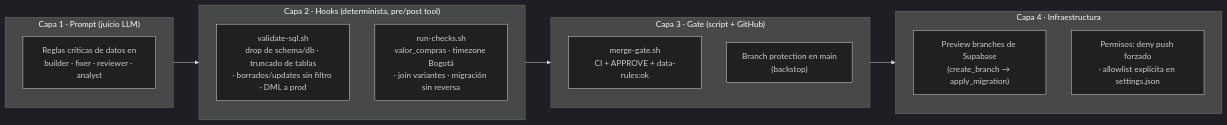
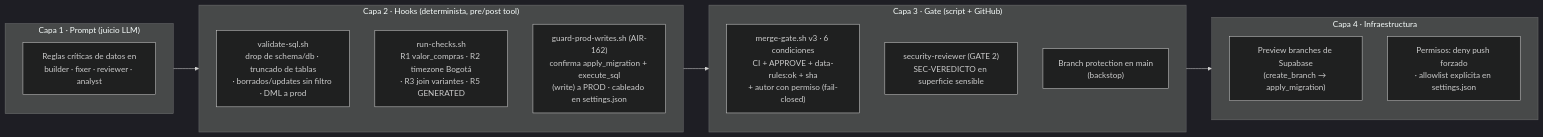
One commit to sansua2025/Aire-de-Agua changed the third of 5 diagrams in docs/agentes/ARQUITECTURA.md. Above: the diagram before and after it, drawn with Mermaid (dark theme). The commit also changed other lines of this file and 19 other files, not shown here.

````diff
--- a/docs/agentes/ARQUITECTURA.md
+++ b/docs/agentes/ARQUITECTURA.md
@@ -142,19 +161,21 @@
 ```mermaid
 flowchart LR
     subgraph CAPA1["Capa 1 · Prompt (juicio LLM)"]
         P1["Reglas críticas de datos en<br/>builder · fixer · reviewer · analyst"]
     end
     subgraph CAPA2["Capa 2 · Hooks (determinista, pre/post tool)"]
         P2["validate-sql.sh<br/>drop de schema/db · truncado de tablas<br/>· borrados/updates sin filtro · DML a prod"]
-        P3["run-checks.sh<br/>valor_compras · timezone Bogotá<br/>· join variantes · migración sin reversa"]
+        P3["run-checks.sh<br/>R1 valor_compras · R2 timezone Bogotá<br/>· R3 join variantes · R5 GENERATED"]
+        P8["guard-prod-writes.sh (AIR-162)<br/>confirma apply_migration + execute_sql<br/>(write) a PROD · cableado en settings.json"]
     end
     subgraph CAPA3["Capa 3 · Gate (script + GitHub)"]
-        P4["merge-gate.sh<br/>CI + APPROVE + data-rules:ok"]
+        P4["merge-gate.sh v3 · 6 condiciones<br/>CI + APPROVE + data-rules:ok + sha<br/>+ autor con permiso (fail-closed)"]
+        P9["security-reviewer (GATE 2)<br/>SEC-VEREDICTO en superficie sensible"]
         P5["Branch protection en main<br/>(backstop)"]
     end
     subgraph CAPA4["Capa 4 · Infraestructura"]
         P6["Preview branches de Supabase<br/>(create_branch → apply_migration)"]
         P7["Permisos: deny push forzado<br/>· allowlist explícita en settings.json"]
     end
     CAPA1 --> CAPA2 --> CAPA3 --> CAPA4
 ```
````
